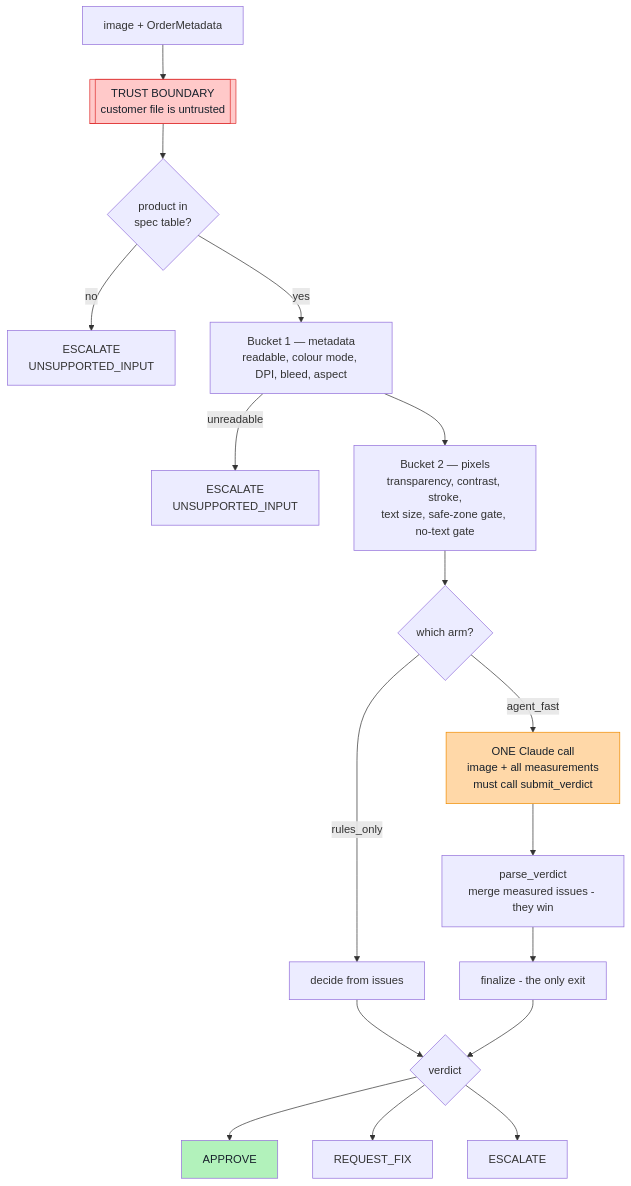
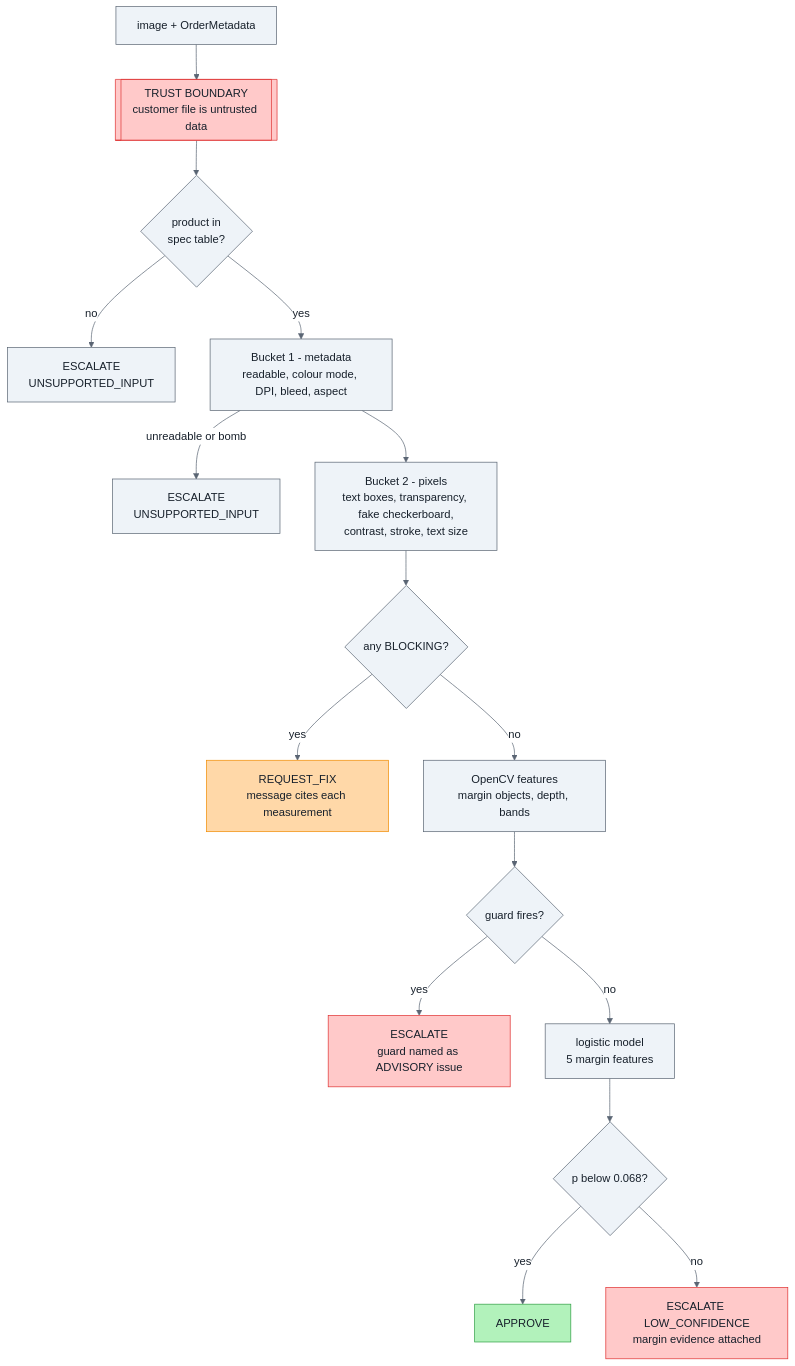
One commit to ashvolt/agents changed the sixth of 14 diagrams in capstone/docs/learn.md. Above: the diagram before and after it, drawn with Mermaid. The commit also changed other lines of this file, not shown here.

First line of the commit message:
docs(learn): cover the project to 2026-09-26; diagrams readable in any theme

````diff
--- a/capstone/docs/learn.md
+++ b/capstone/docs/learn.md
@@ -338,23 +408,25 @@
 ```mermaid
-%%{init: {"theme": "default"}}%%
+%%{init: {"theme":"base","themeVariables":{"background":"#ffffff","fontFamily":"Arial, Helvetica, sans-serif","primaryColor":"#eef3f8","primaryTextColor":"#17202b","primaryBorderColor":"#5a6573","secondaryColor":"#f5f7fa","secondaryTextColor":"#17202b","tertiaryColor":"#ffffff","tertiaryTextColor":"#17202b","lineColor":"#5a6573","textColor":"#17202b","titleColor":"#17202b","nodeTextColor":"#17202b","edgeLabelBackground":"#ffffff","clusterBkg":"#f7f9fb","clusterBorder":"#9aa5b1","cScale0":"#dbeafe","cScaleLabel0":"#17202b","cScalePeer0":"#5a6573","cScale1":"#dcfce7","cScaleLabel1":"#17202b","cScalePeer1":"#5a6573","cScale2":"#fef3c7","cScaleLabel2":"#17202b","cScalePeer2":"#5a6573","cScale3":"#fce7f3","cScaleLabel3":"#17202b","cScalePeer3":"#5a6573","cScale4":"#e0e7ff","cScaleLabel4":"#17202b","cScalePeer4":"#5a6573","cScale5":"#ccfbf1","cScaleLabel5":"#17202b","cScalePeer5":"#5a6573","cScale6":"#ffedd5","cScaleLabel6":"#17202b","cScalePeer6":"#5a6573","cScale7":"#f1f5f9","cScaleLabel7":"#17202b","cScalePeer7":"#5a6573"}}}%%
 flowchart TB
-    U[image + OrderMetadata] --> T[["TRUST BOUNDARY<br/>customer file is untrusted"]]
-    T --> SP{product in<br/>spec table?}
-    SP -- no --> E1[ESCALATE<br/>UNSUPPORTED_INPUT]
-    SP -- yes --> B1["Bucket 1 — metadata<br/>readable, colour mode, DPI, bleed, aspect"]
-    B1 -->|unreadable| E2[ESCALATE<br/>UNSUPPORTED_INPUT]
-    B1 --> B2["Bucket 2 — pixels<br/>transparency, contrast, stroke,<br/>text size, safe-zone gate, no-text gate"]
-    B2 --> ARM{which arm?}
-    ARM -- rules_only --> RD[decide from issues]
-    ARM -- agent_fast --> VP["ONE Claude call<br/>image + all measurements<br/>must call submit_verdict"]
-    VP --> PV[parse_verdict<br/>merge measured issues - they win]
-    PV --> FZ[finalize - the only exit]
-    RD --> OUT
-    FZ --> OUT{verdict}
-    OUT --> AP[APPROVE]
-    OUT --> RF[REQUEST_FIX]
-    OUT --> ES[ESCALATE]
-    style T fill:#ffc9c9,stroke:#e03131,color:#17202B
-    style VP fill:#ffd8a8,stroke:#f08c00,color:#17202B
-    style AP fill:#b2f2bb,color:#17202B
+    classDef default fill:#eef3f8,stroke:#5a6573,color:#17202b
+    U["image + OrderMetadata"] --> T[["TRUST BOUNDARY<br/>customer file is untrusted data"]]
+    T --> SP{"product in<br/>spec table?"}
+    SP -- no --> E1["ESCALATE<br/>UNSUPPORTED_INPUT"]
+    SP -- yes --> B1["Bucket 1 - metadata<br/>readable, colour mode, DPI, bleed, aspect"]
+    B1 -->|"unreadable or bomb"| E2["ESCALATE<br/>UNSUPPORTED_INPUT"]
+    B1 --> B2["Bucket 2 - pixels<br/>text boxes, transparency, fake checkerboard,<br/>contrast, stroke, text size"]
+    B2 --> BL{"any BLOCKING?"}
+    BL -- yes --> RF["REQUEST_FIX<br/>message cites each measurement"]
+    BL -- no --> FE["OpenCV features<br/>margin objects, depth, bands"]
+    FE --> GU{"guard fires?"}
+    GU -- yes --> ES["ESCALATE<br/>guard named as ADVISORY issue"]
+    GU -- no --> LR["logistic model<br/>5 margin features"]
+    LR --> TH{"p below 0.068?"}
+    TH -- yes --> AP[APPROVE]
+    TH -- no --> ES2["ESCALATE LOW_CONFIDENCE<br/>margin evidence attached"]
+    style T fill:#ffc9c9,stroke:#e03131,color:#17202b
+    style AP fill:#b2f2bb,stroke:#2f9e44,color:#17202b
+    style RF fill:#ffd8a8,stroke:#f08c00,color:#17202b
+    style ES fill:#ffc9c9,stroke:#e03131,color:#17202b
+    style ES2 fill:#ffc9c9,stroke:#e03131,color:#17202b
 ```
````
